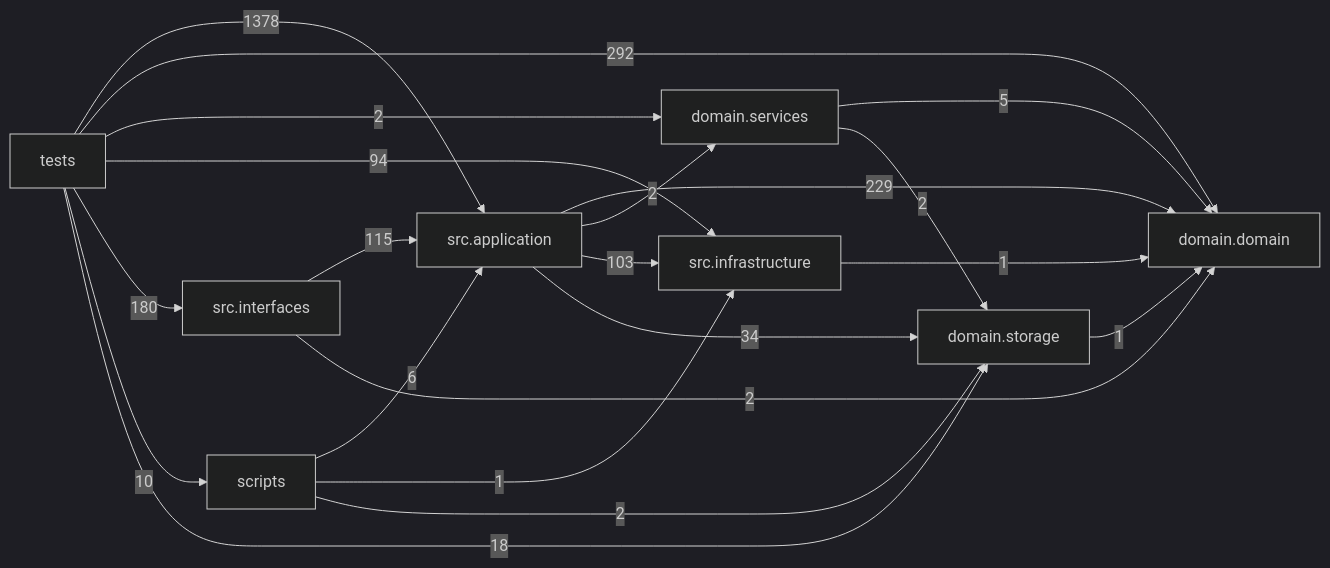
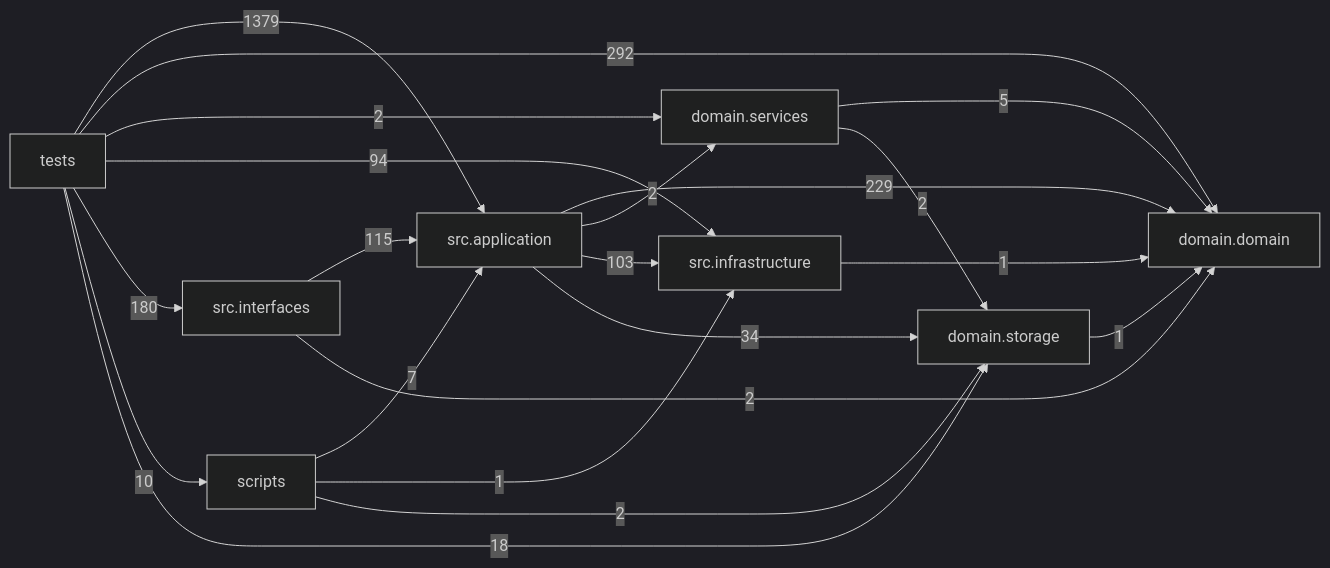
Before and after one commit to liuxie066/options-monitor: the diagram in docs/DEPENDENCY_GRAPH.md, drawn with Mermaid (dark theme). The commit also changed other lines of this file and 15 other files, not shown here.

````diff
--- a/docs/DEPENDENCY_GRAPH.md
+++ b/docs/DEPENDENCY_GRAPH.md
@@ -24,31 +24,31 @@
 ```mermaid
 flowchart LR
   tests["tests"]
   scripts["scripts"]
   interfaces["src.interfaces"]
   application["src.application"]
   infrastructure["src.infrastructure"]
   domain_services["domain.services"]
   domain["domain.domain"]
   storage["domain.storage"]
   application -->|229| domain
   application -->|2| domain_services
   application -->|103| infrastructure
   application -->|34| storage
   domain_services -->|5| domain
   domain_services -->|2| storage
   infrastructure -->|1| domain
   interfaces -->|115| application
   interfaces -->|2| domain
-  scripts -->|6| application
+  scripts -->|7| application
   scripts -->|1| infrastructure
   scripts -->|2| storage
   storage -->|1| domain
-  tests -->|1378| application
+  tests -->|1379| application
   tests -->|292| domain
   tests -->|2| domain_services
   tests -->|94| infrastructure
   tests -->|180| interfaces
   tests -->|10| scripts
   tests -->|18| storage
 ```
````
